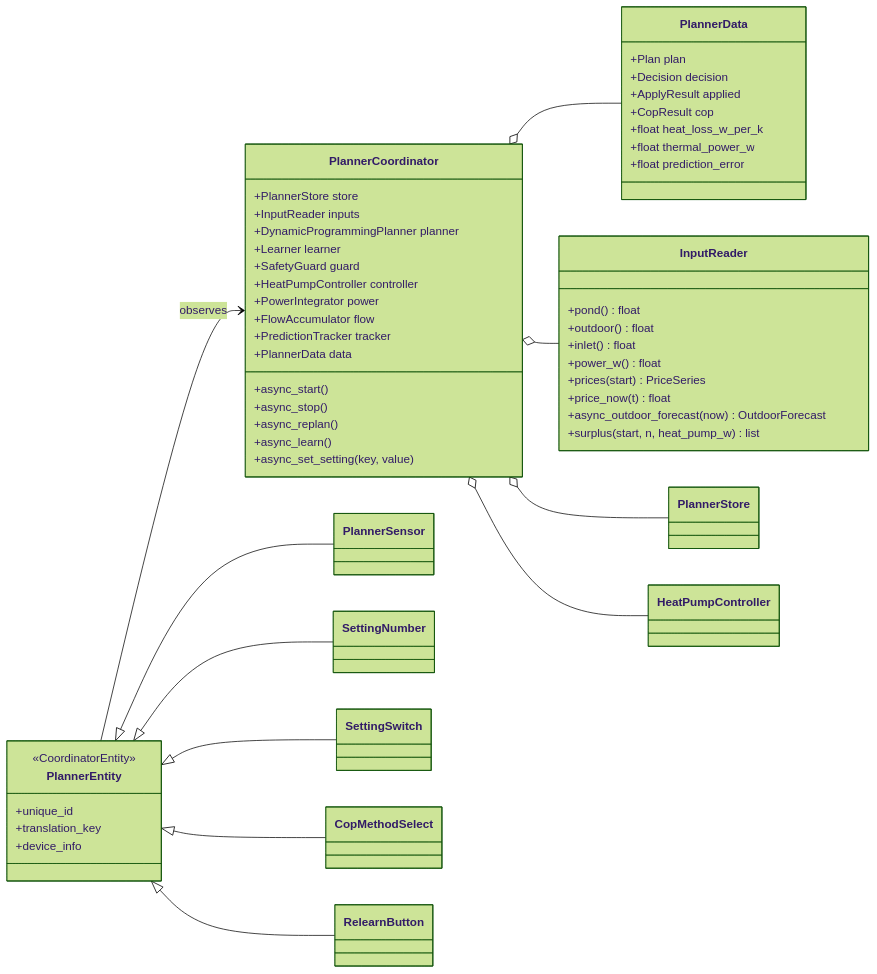
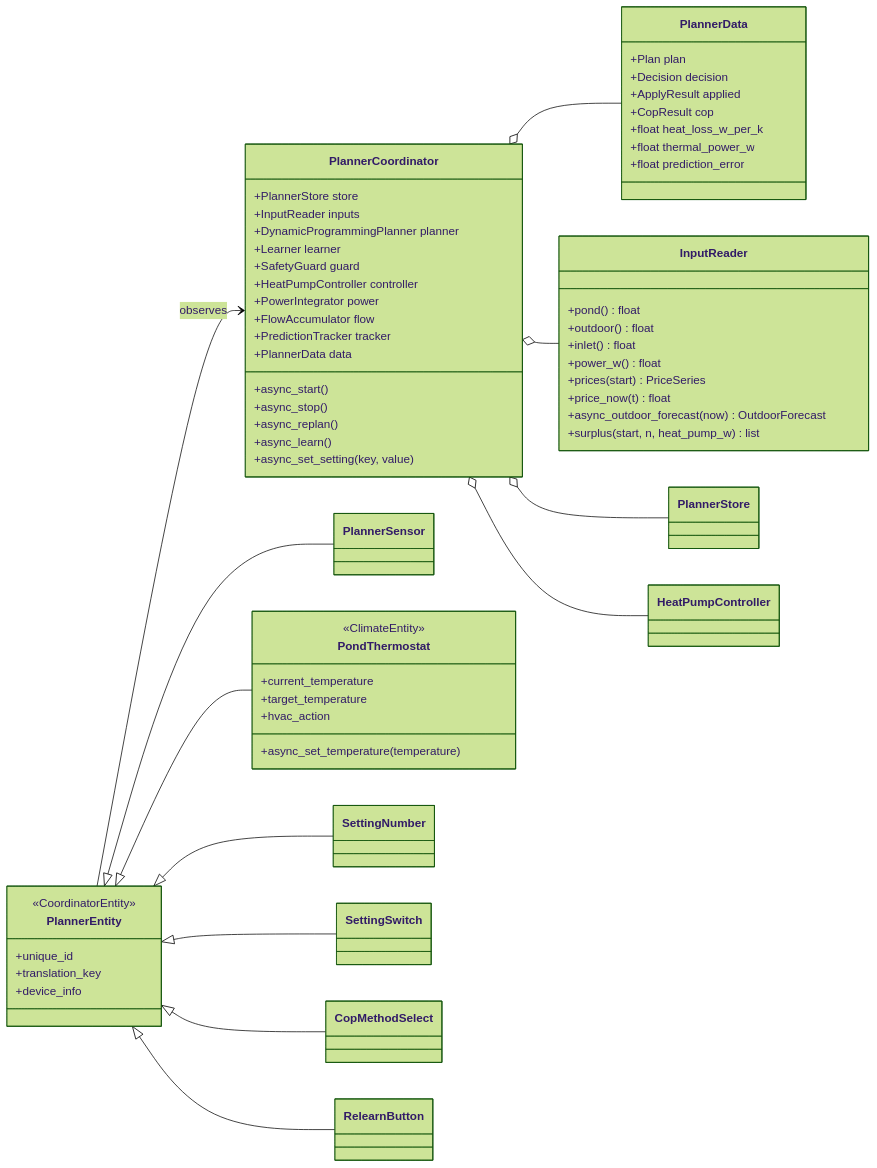
Diagram 16 of 19 in docs/architecture.md (abroeders/pond-heatpump-price-planner), drawn with Mermaid (forest theme) before and after one commit. The commit also changed other lines of this file and 6 other files, not shown here.

Commit message:
docs: thermostat in the entity reference, guide, dashboard examples and UML (#12)

````diff
--- a/docs/architecture.md
+++ b/docs/architecture.md
@@ -645,61 +645,69 @@
 ```mermaid
 classDiagram
     direction LR
     class PlannerCoordinator {
         +PlannerStore store
         +InputReader inputs
         +DynamicProgrammingPlanner planner
         +Learner learner
         +SafetyGuard guard
         +HeatPumpController controller
         +PowerIntegrator power
         +FlowAccumulator flow
         +PredictionTracker tracker
         +PlannerData data
         +async_start()
         +async_stop()
         +async_replan()
         +async_learn()
         +async_set_setting(key, value)
     }
     class PlannerData {
         +Plan plan
         +Decision decision
         +ApplyResult applied
         +CopResult cop
         +float heat_loss_w_per_k
         +float thermal_power_w
         +float prediction_error
     }
     class InputReader {
         +pond() float
         +outdoor() float
         +inlet() float
         +power_w() float
         +prices(start) PriceSeries
         +price_now(t) float
         +async_outdoor_forecast(now) OutdoorForecast
         +surplus(start, n, heat_pump_w) list
     }
     class PlannerEntity {
         <<CoordinatorEntity>>
         +unique_id
         +translation_key
         +device_info
     }
     class PlannerSensor
+    class PondThermostat {
+        <<ClimateEntity>>
+        +current_temperature
+        +target_temperature
+        +hvac_action
+        +async_set_temperature(temperature)
+    }
     class SettingNumber
     class SettingSwitch
     class CopMethodSelect
     class RelearnButton
     PlannerCoordinator o-- PlannerData
     PlannerCoordinator o-- InputReader
     PlannerCoordinator o-- PlannerStore
     PlannerCoordinator o-- HeatPumpController
     PlannerEntity <|-- PlannerSensor
+    PlannerEntity <|-- PondThermostat
     PlannerEntity <|-- SettingNumber
     PlannerEntity <|-- SettingSwitch
     PlannerEntity <|-- CopMethodSelect
     PlannerEntity <|-- RelearnButton
     PlannerEntity --> PlannerCoordinator : observes
 ```
````
